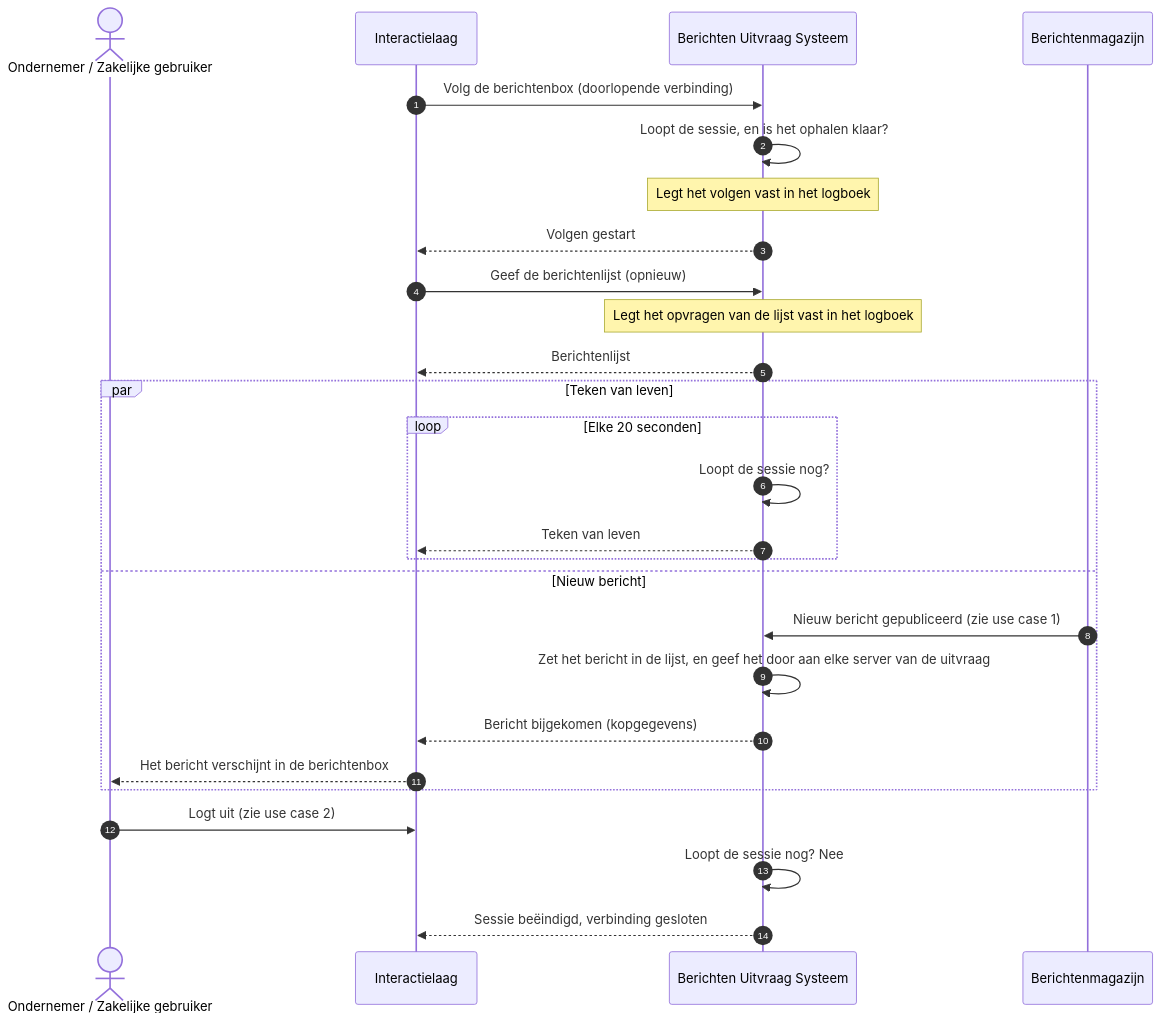
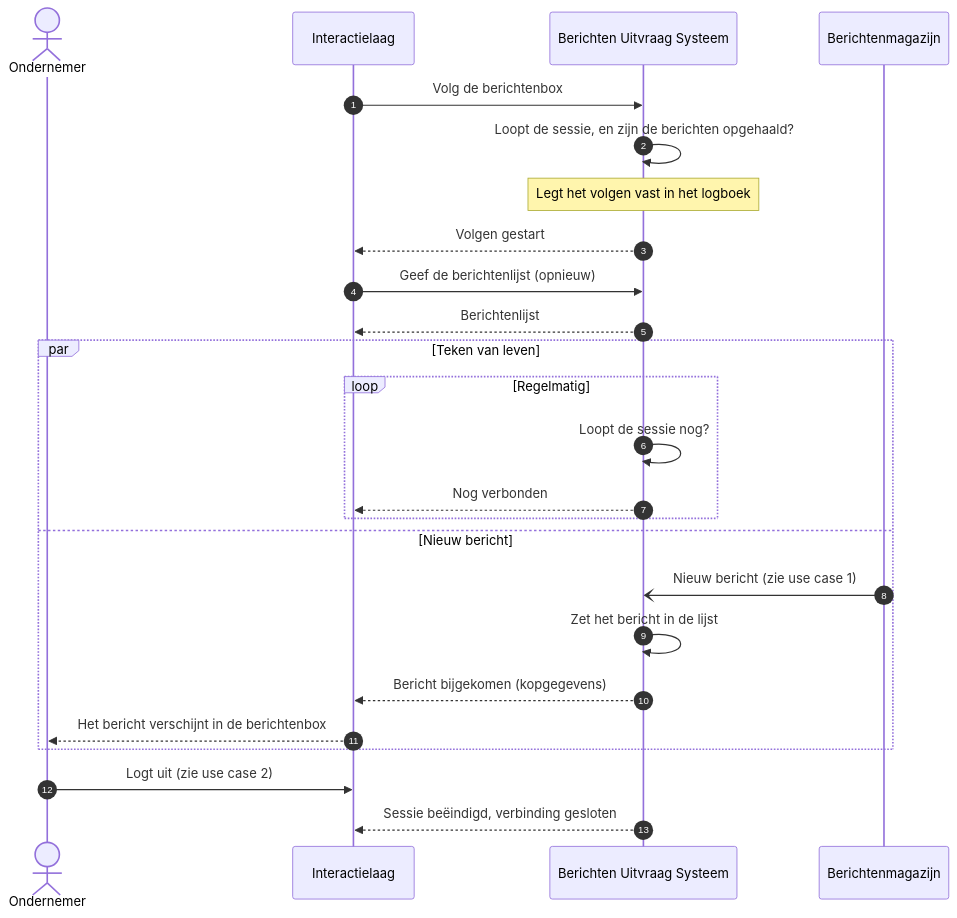
The diagram in docs/architecture/workspace-docs/07-uc3-nieuwe-berichten-volgen.md (MinBZK/moza-poc-fbs-berichtenbox), drawn with Mermaid before and after one commit. The commit also changed other lines of this file and 15 other files, not shown here.

First line of the commit message:
docs(architectuur): use cases als eindresultaat, beheersituaties als use case 9-11

````diff
--- a/docs/architecture/workspace-docs/07-uc3-nieuwe-berichten-volgen.md
+++ b/docs/architecture/workspace-docs/07-uc3-nieuwe-berichten-volgen.md
@@ -32,32 +30,30 @@
 ```mermaid
 sequenceDiagram
     autonumber
-    actor OND as Ondernemer / Zakelijke gebruiker
+    actor OND as Ondernemer
     participant IL as Interactielaag
     participant FBS as Berichten Uitvraag Systeem
     participant MAG as Berichtenmagazijn
 
-    IL->>FBS: Volg de berichtenbox (doorlopende verbinding)
-    FBS->>FBS: Loopt de sessie, en is het ophalen klaar?
+    IL->>FBS: Volg de berichtenbox
+    FBS->>FBS: Loopt de sessie, en zijn de berichten opgehaald?
     Note over FBS: Legt het volgen vast in het logboek
     FBS-->>IL: Volgen gestart
     IL->>FBS: Geef de berichtenlijst (opnieuw)
-    Note over FBS: Legt het opvragen van de lijst vast in het logboek
     FBS-->>IL: Berichtenlijst
 
     par Teken van leven
-        loop Elke 20 seconden
+        loop Regelmatig
             FBS->>FBS: Loopt de sessie nog?
-            FBS-->>IL: Teken van leven
+            FBS-->>IL: Nog verbonden
         end
     and Nieuw bericht
-        MAG->>FBS: Nieuw bericht gepubliceerd (zie use case 1)
-        FBS->>FBS: Zet het bericht in de lijst, en geef het door aan elke server van de uitvraag
+        MAG-)FBS: Nieuw bericht (zie use case 1)
+        FBS->>FBS: Zet het bericht in de lijst
         FBS-->>IL: Bericht bijgekomen (kopgegevens)
         IL-->>OND: Het bericht verschijnt in de berichtenbox
     end
 
     OND->>IL: Logt uit (zie use case 2)
-    FBS->>FBS: Loopt de sessie nog? Nee
     FBS-->>IL: Sessie beëindigd, verbinding gesloten
 ```
````
